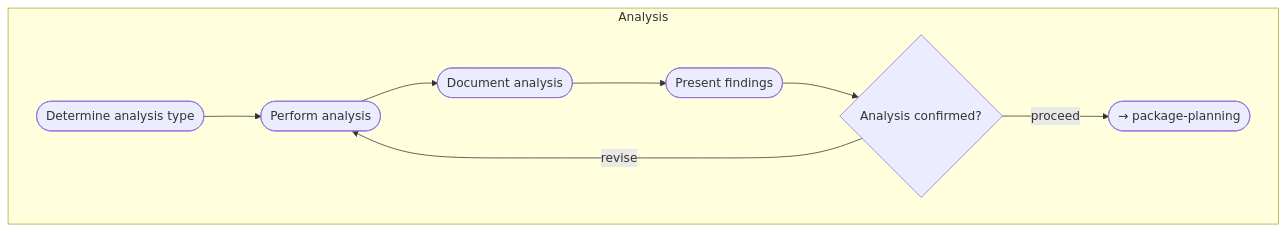
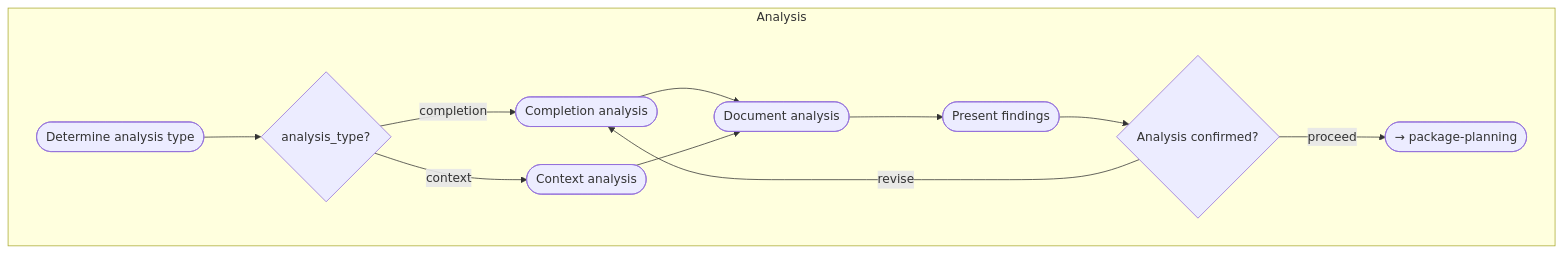
The fourth of 8 diagrams in work-packages/README.md (m2ux/workflow-server), drawn with Mermaid before and after one commit. The commit also changed other lines of this file and 24 other files, not shown here.

First line of the commit message:
feat(work-packages): add skills/resources layer and schema compliance fixes

````diff
--- a/work-packages/README.md
+++ b/work-packages/README.md
@@ -121,14 +123,19 @@
 ```mermaid
 graph TD
     subgraph analysis[Analysis]
         a1([Determine analysis type])
-        a2([Perform analysis])
+        d1{analysis_type?}
+        a2a([Completion analysis])
+        a2b([Context analysis])
         a3([Document analysis])
         a4([Present findings])
         cp1{Analysis confirmed?}
         
-        a1 --> a2 --> a3 --> a4 --> cp1
+        a1 --> d1
+        d1 -->|completion| a2a --> a3
+        d1 -->|context| a2b --> a3
+        a3 --> a4 --> cp1
         cp1 -->|proceed| Next([→ package-planning])
-        cp1 -->|revise| a2
+        cp1 -->|revise| a2a
     end
 ```
````
